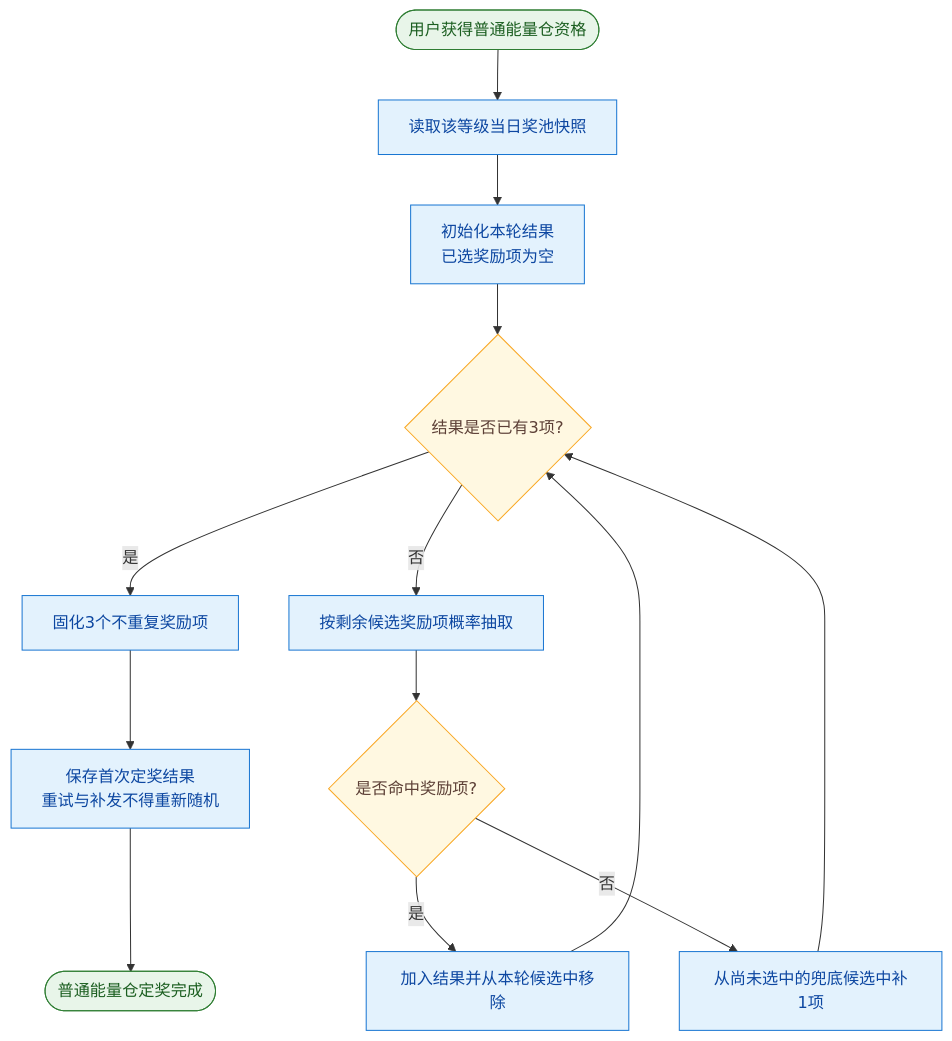
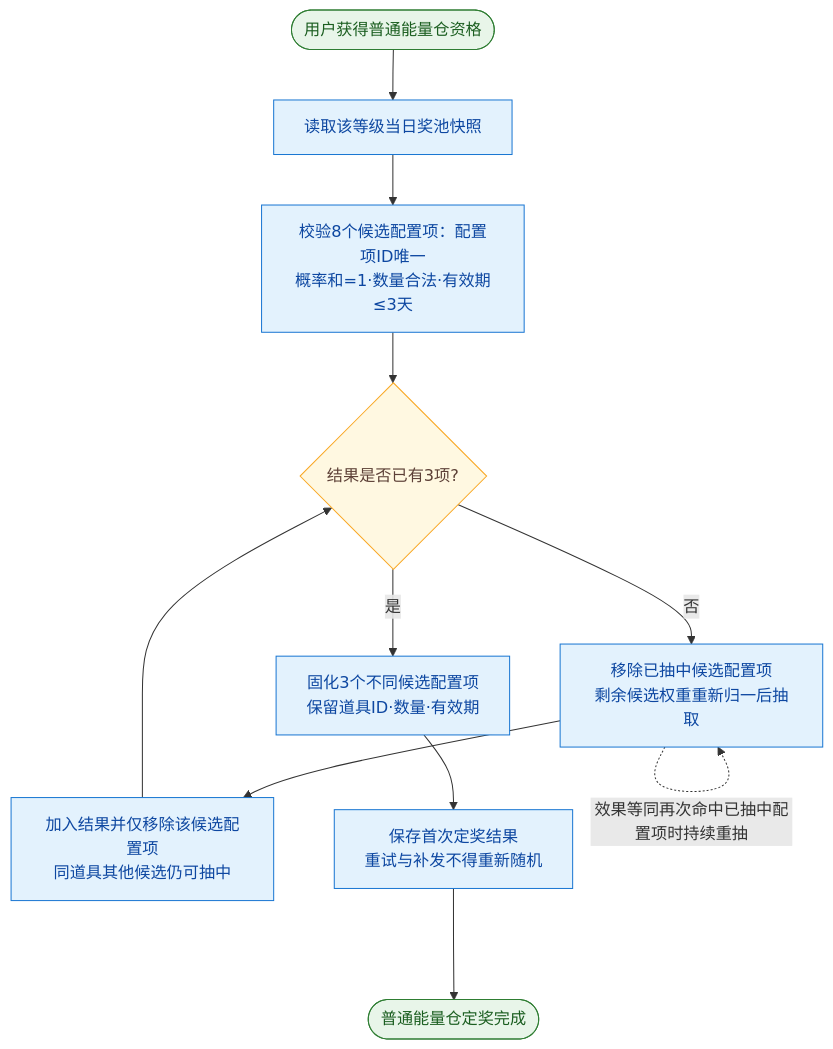
The third of 5 diagrams in 房间飞船挑战/星际飞船-能量仓奖励业务流程图.mmd (Chawucikela/TOP-KHALIJ), drawn with Mermaid before and after one commit. The commit also changed other lines of this file and 20 other files, not shown here.

````diff
--- a/房间飞船挑战/星际飞船-能量仓奖励业务流程图.mmd
+++ b/房间飞船挑战/星际飞船-能量仓奖励业务流程图.mmd
@@ -64,22 +64,20 @@
 ```mermaid
 flowchart TD
     A([用户获得普通能量仓资格]) --> B[读取该等级当日奖池快照]
-    B --> C[初始化本轮结果<br/>已选奖励项为空]
+    B --> C[校验8个候选配置项：配置项ID唯一<br/>概率和=1·数量合法·有效期≤3天]
     C --> D{结果是否已有3项?}
-    D -- 是 --> E[固化3个不重复奖励项]
-    D -- 否 --> F[按剩余候选奖励项概率抽取]
-    F --> G{是否命中奖励项?}
-    G -- 是 --> H[加入结果并从本轮候选中移除]
-    G -- 否 --> I[从尚未选中的兜底候选中补1项]
+    D -- 是 --> E[固化3个不同候选配置项<br/>保留道具ID·数量·有效期]
+    D -- 否 --> F[移除已抽中候选配置项<br/>剩余候选权重重新归一后抽取]
+    F --> H[加入结果并仅移除该候选配置项<br/>同道具其他候选仍可抽中]
     H --> D
-    I --> D
+    F -. 效果等同再次命中已抽中配置项时持续重抽 .-> F
     E --> J[保存首次定奖结果<br/>重试与补发不得重新随机]
     J --> K([普通能量仓定奖完成])
 
     classDef startEnd fill:#E8F5E9,stroke:#2E7D32,color:#1B5E20;
     classDef decision fill:#FFF8E1,stroke:#F9A825,color:#5D4037;
     classDef process fill:#E3F2FD,stroke:#1976D2,color:#0D47A1;
     class A,K startEnd;
-    class D,G decision;
-    class B,C,E,F,H,I,J process;
+    class D decision;
+    class B,C,E,F,H,J process;
 ```
````
